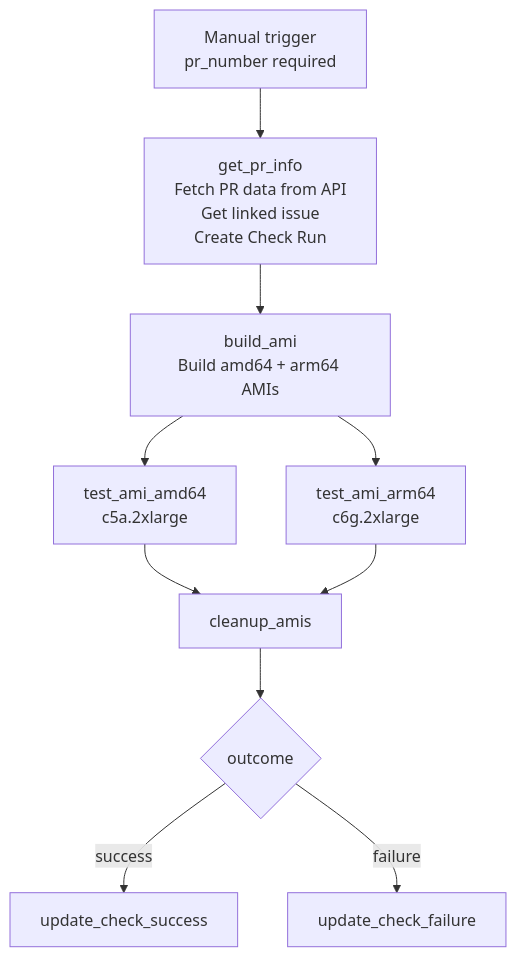
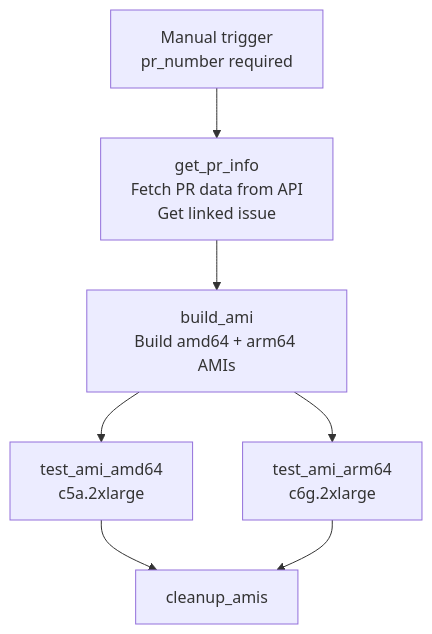
Before and after one commit to wazuh/wazuh-virtual-machines: the second of 2 diagrams in docs/ref/integration_test/ami_integration_tests.md, drawn with Mermaid. The commit also changed other lines of this file and 8 other files, not shown here.

````diff
--- a/docs/ref/integration_test/ami_integration_tests.md
+++ b/docs/ref/integration_test/ami_integration_tests.md
@@ -42,11 +45,8 @@
 ```mermaid
 flowchart TD
-    A[Manual trigger\npr_number required] --> C[get_pr_info\nFetch PR data from API\nGet linked issue\nCreate Check Run]
+    A[Manual trigger\npr_number required] --> C[get_pr_info\nFetch PR data from API\nGet linked issue]
     C --> D[build_ami\nBuild amd64 + arm64 AMIs]
     D --> E[test_ami_amd64\nc5a.2xlarge]
     D --> F[test_ami_arm64\nc6g.2xlarge]
     E & F --> G[cleanup_amis]
-    G --> H{outcome}
-    H -- success --> I[update_check_success]
-    H -- failure --> J[update_check_failure]
 ```
````
